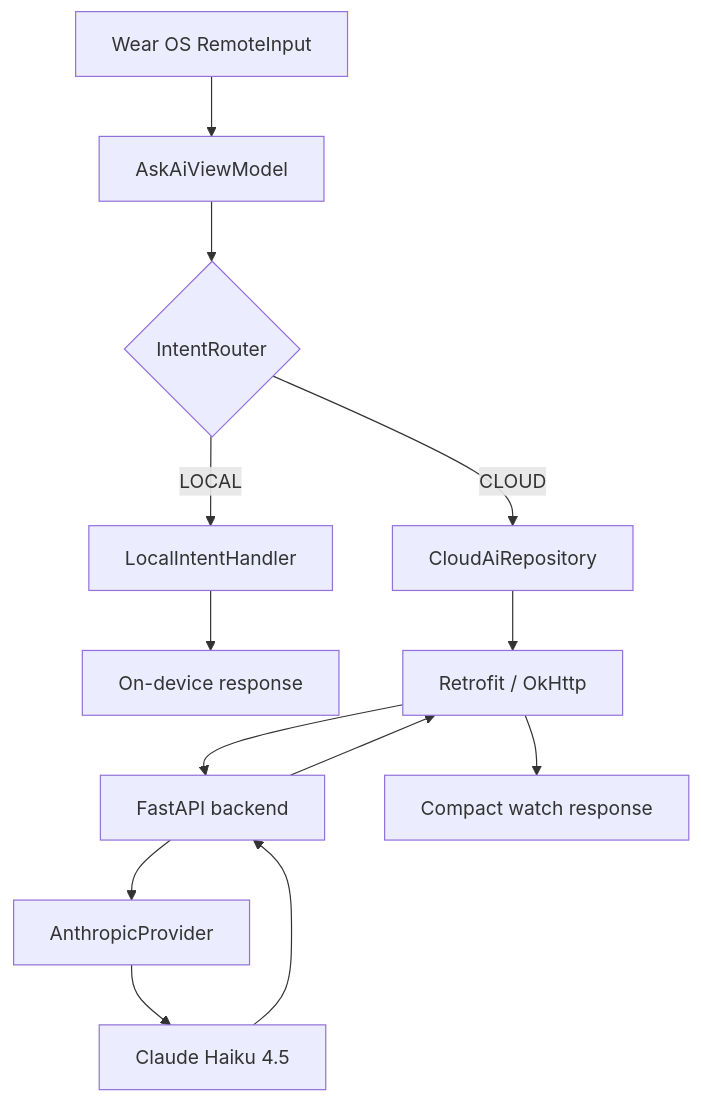
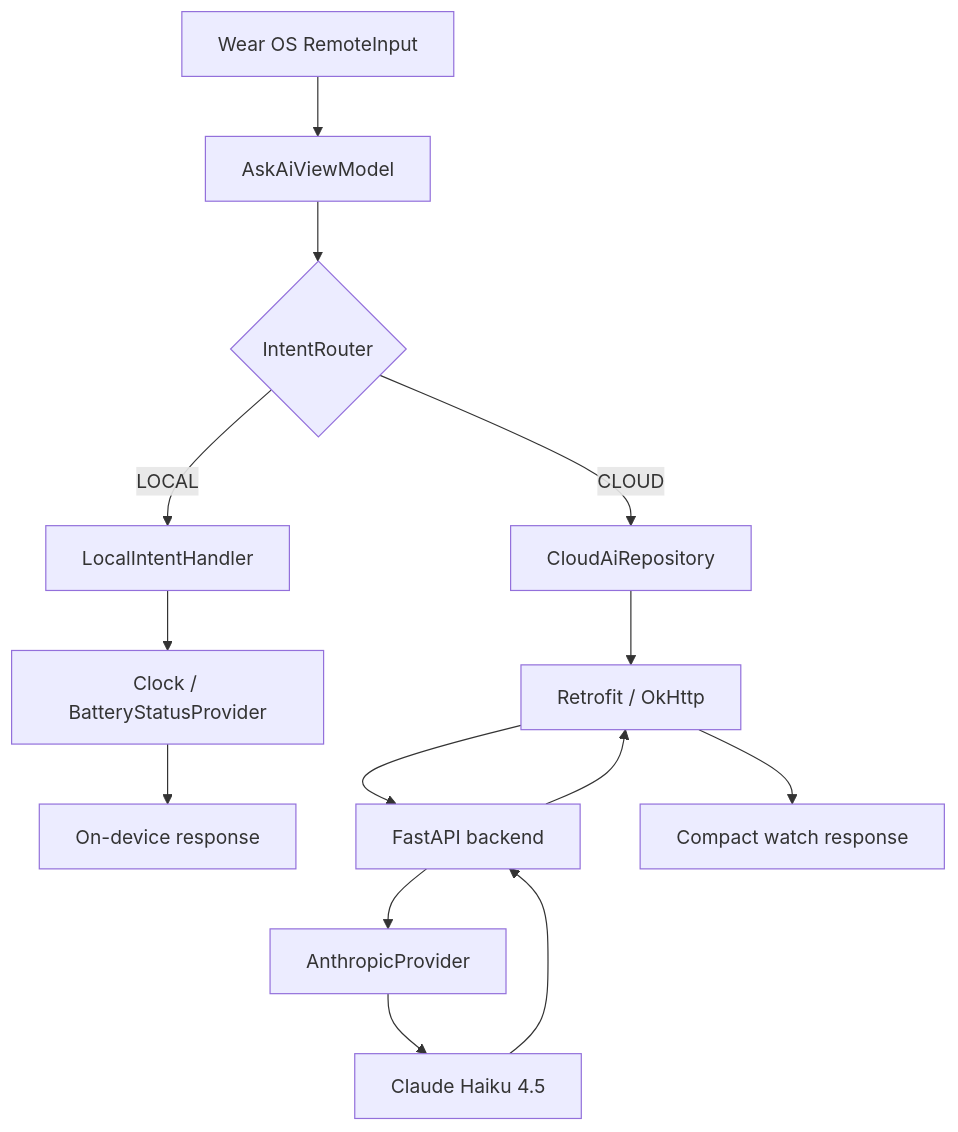
Before and after one commit to abheesh-03/wearable-ai-companion: the diagram in README.md, drawn with Mermaid. The commit also changed other lines of this file, not shown here.

Commit message:
docs: update Wear README for local battery intent

````diff
--- a/README.md
+++ b/README.md
@@ -56,15 +63,16 @@
 ```mermaid
 flowchart TD
     A[Wear OS RemoteInput] --> B[AskAiViewModel]
     B --> C{IntentRouter}
     C -->|LOCAL| D[LocalIntentHandler]
-    D --> E[On-device response]
+    D --> E[Clock / BatteryStatusProvider]
+    E --> L[On-device response]
     C -->|CLOUD| F[CloudAiRepository]
     F --> G[Retrofit / OkHttp]
     G --> H[FastAPI backend]
     H --> I[AnthropicProvider]
     I --> J[Claude Haiku 4.5]
     J --> H
     H --> G
     G --> K[Compact watch response]
 ```
````
